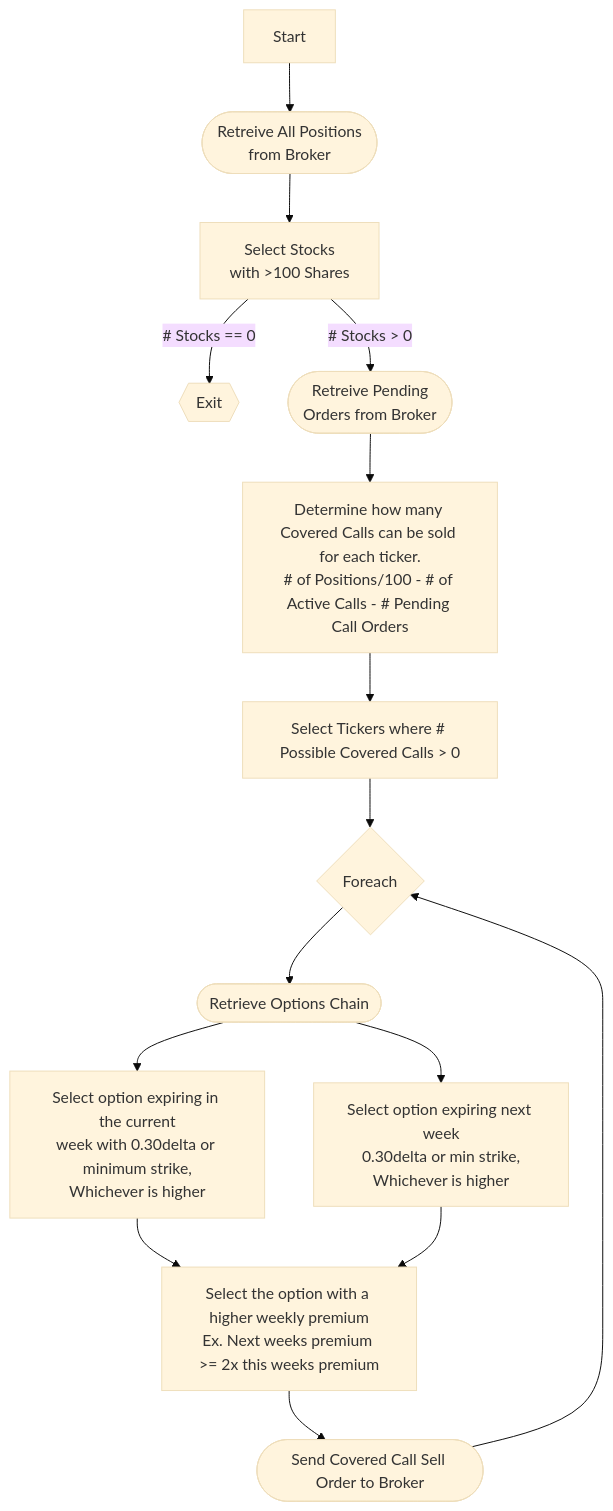
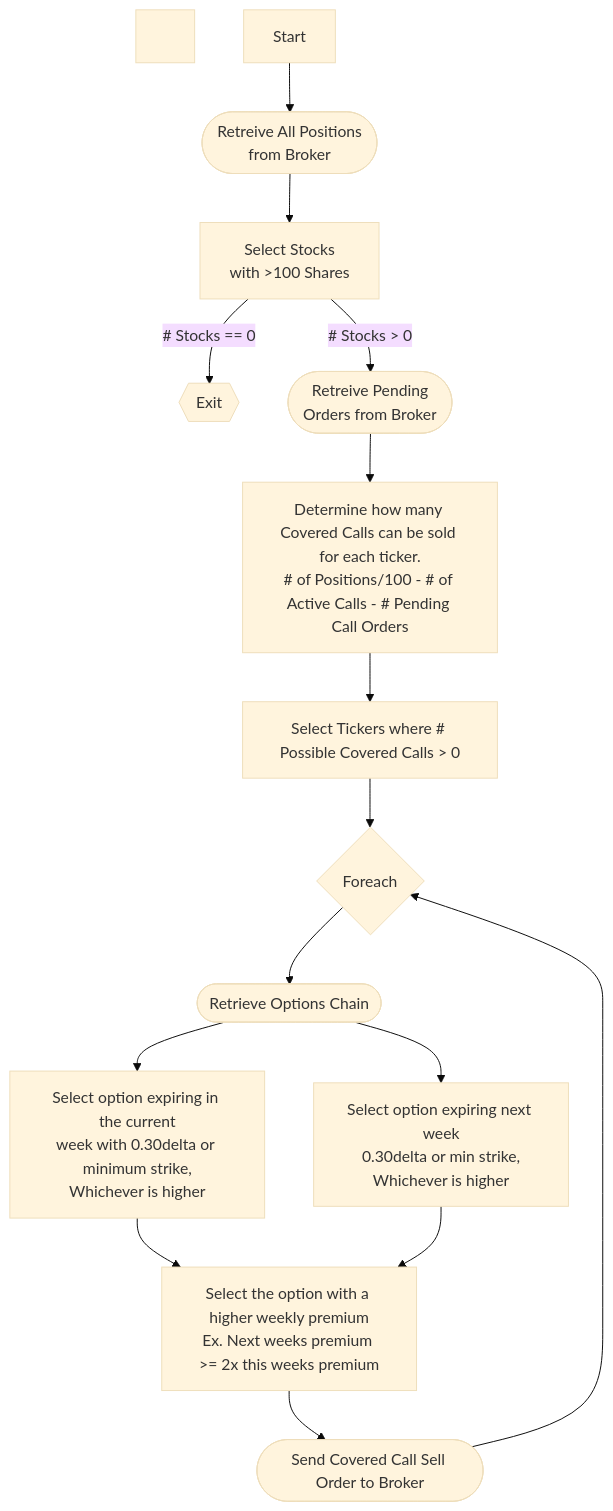
One commit to MWein/Penny changed the first of 2 diagrams in README.md. Above: the diagram before and after it, drawn with Mermaid (base theme).

Commit message:
Readme mermaid error fix

````diff
--- a/README.md
+++ b/README.md
@@ -102,29 +102,29 @@
 ```mermaid
 flowchart TD
-
+\n
 Stop1{{Exit}}
 GetPositions([Retreive All Positions\nfrom Broker])
 100Shares[Select Stocks\nwith >100 Shares]
 GetPendingOrders([Retreive Pending\nOrders from Broker])
 CoveredCallsCanBeSold[Determine how many Covered Calls can be sold for each ticker.\n# of Positions/100 - # of Active Calls - # Pending Call Orders]
 AllowedAndCoverable[Select Tickers where # Possible Covered Calls > 0]
 ForEach1{Foreach}
 OptionsChain([Retrieve Options Chain])
 SelectStrike[Select option expiring in the current\nweek with 0.30delta or minimum strike,\nWhichever is higher]
 SelectStrike2[Select option expiring next week\n0.30delta or min strike,\nWhichever is higher]
 SelectHigherPremium[Select the option with a higher weekly premium\nEx. Next weeks premium >= 2x this weeks premium]
 Order([Send Covered Call Sell Order to Broker])
 
 
 Start --> GetPositions
 GetPositions --> 100Shares -- # Stocks > 0 --> GetPendingOrders --> CoveredCallsCanBeSold
 100Shares-- # Stocks == 0 --> Stop1
 CoveredCallsCanBeSold --> AllowedAndCoverable --> ForEach1
 --> OptionsChain
 --> SelectStrike
 OptionsChain --> SelectStrike2
 SelectStrike --> SelectHigherPremium
 SelectStrike2 --> SelectHigherPremium
 --> Order
 --> ForEach1
 ```
````
